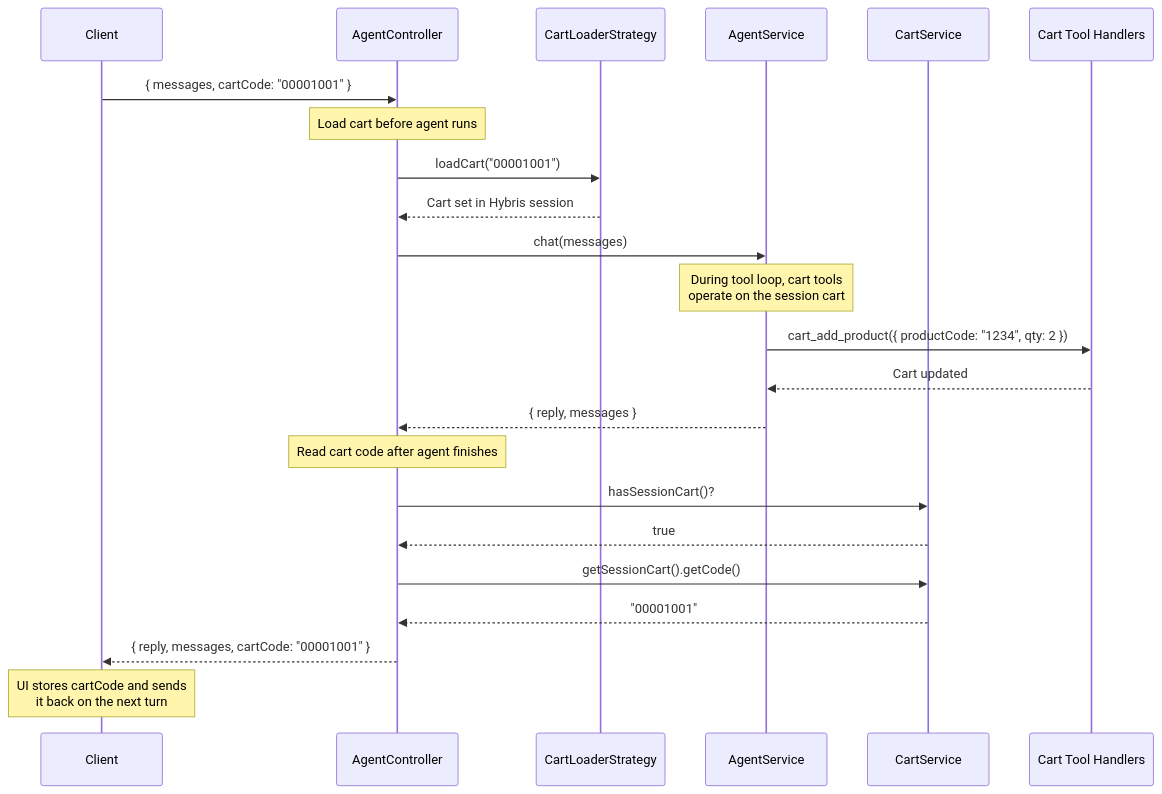
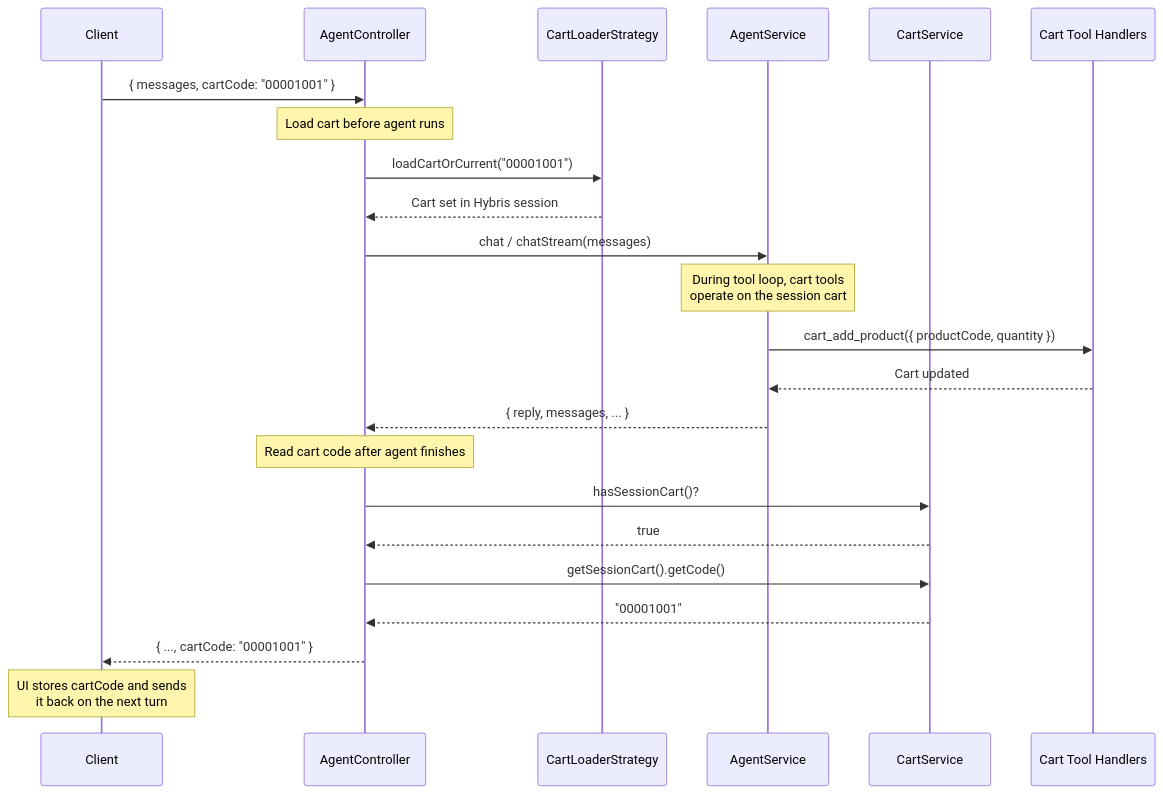
One commit to earlmundorf/practice-llm-starter changed the fifth of 5 diagrams in mcp/legacy/sap-mcp-server-l/core-customize/hybris/bin/custom/coremcp/docs/agent-chat/diagram.md. Above: the diagram before and after it, drawn with Mermaid. The commit also changed other lines of this file and 3 other files, not shown here.

First line of the commit message:
Refresh agent-chat docs and Architecture page for current implementation

````diff
--- a/mcp/legacy/sap-mcp-server-l/core-customize/hybris/bin/custom/coremcp/docs/agent-chat/diagram.md
+++ b/mcp/legacy/sap-mcp-server-l/core-customize/hybris/bin/custom/coremcp/docs/agent-chat/diagram.md
@@ -128,33 +172,33 @@
 ```mermaid
 sequenceDiagram
     participant Client
     participant Controller as AgentController
     participant Loader as CartLoaderStrategy
     participant Agent as AgentService
     participant CartSvc as CartService
     participant Handlers as Cart Tool Handlers
 
     Client->>Controller: { messages, cartCode: "00001001" }
 
     Note over Controller: Load cart before agent runs
-    Controller->>Loader: loadCart("00001001")
+    Controller->>Loader: loadCartOrCurrent("00001001")
     Loader-->>Controller: Cart set in Hybris session
 
-    Controller->>Agent: chat(messages)
+    Controller->>Agent: chat / chatStream(messages)
 
     Note over Agent: During tool loop, cart tools<br/>operate on the session cart
-    Agent->>Handlers: cart_add_product({ productCode: "1234", qty: 2 })
+    Agent->>Handlers: cart_add_product({ productCode, quantity })
     Handlers-->>Agent: Cart updated
 
-    Agent-->>Controller: { reply, messages }
+    Agent-->>Controller: { reply, messages, ... }
 
     Note over Controller: Read cart code after agent finishes
     Controller->>CartSvc: hasSessionCart()?
     CartSvc-->>Controller: true
     Controller->>CartSvc: getSessionCart().getCode()
     CartSvc-->>Controller: "00001001"
 
-    Controller-->>Client: { reply, messages, cartCode: "00001001" }
+    Controller-->>Client: { ..., cartCode: "00001001" }
 
     Note over Client: UI stores cartCode and sends<br/>it back on the next turn
 ```
````
